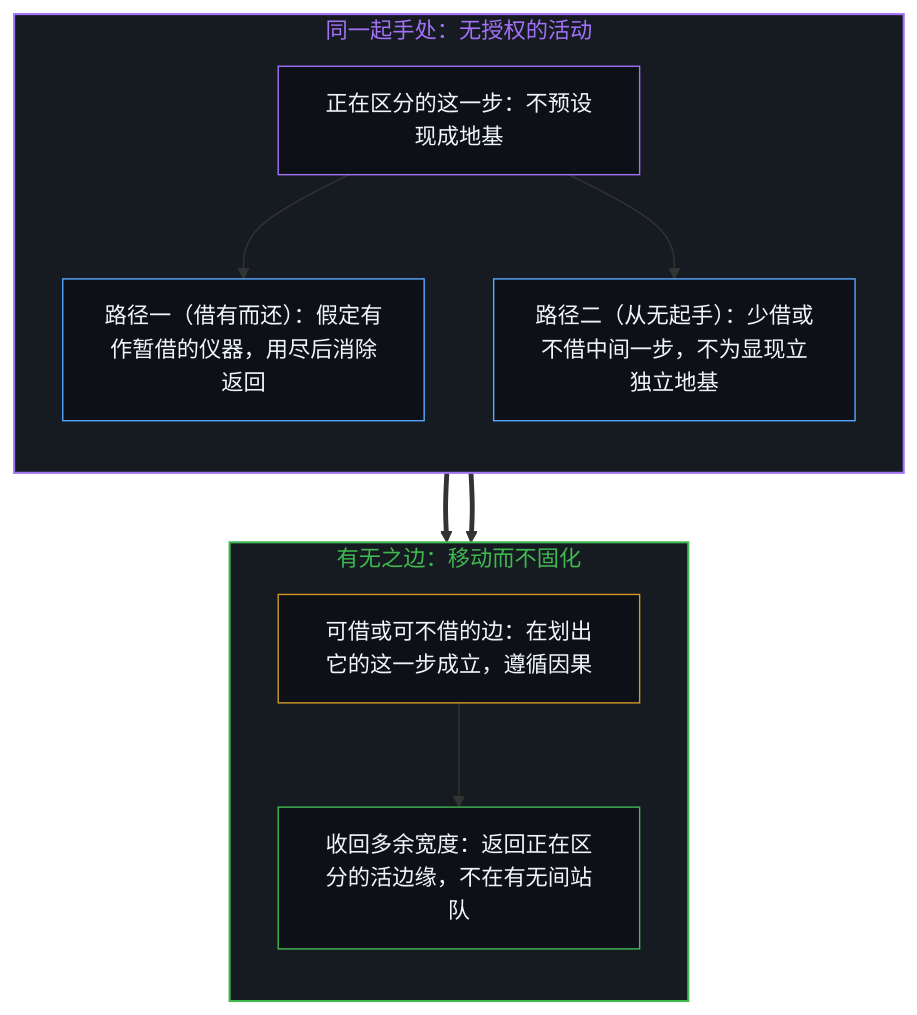
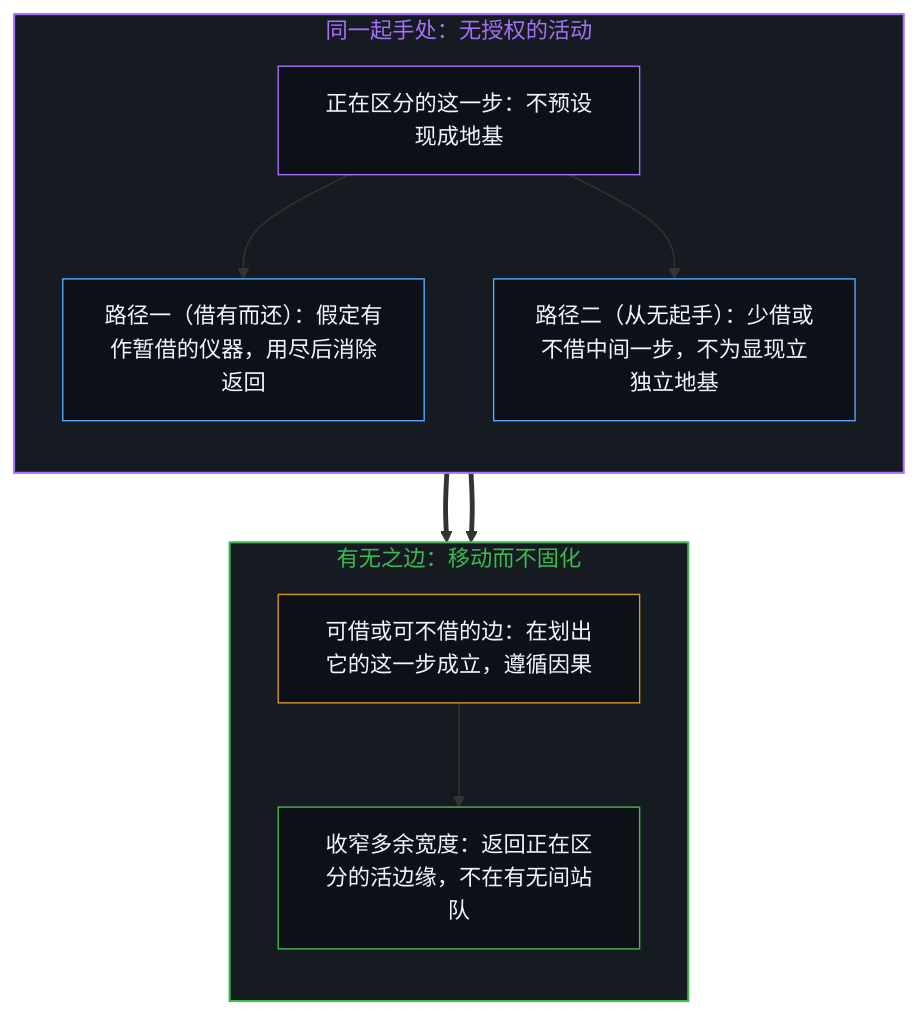
One commit to powerpig99/not-a-toe changed the first of 2 diagrams in content/posts/you-wu-zhi-bian.md. Above: the diagram before and after it, drawn with Mermaid. The commit also changed other lines of this file and 1 other file, not shown here.

````diff
--- a/content/posts/you-wu-zhi-bian.md
+++ b/content/posts/you-wu-zhi-bian.md
@@ -37,26 +37,26 @@
 ```mermaid
 flowchart TD
     subgraph S_Origin["同一起手处：无授权的活动"]
         direction TB
         O_Act["正在区分的这一步：不预设现成地基"]
         O_Borrow["路径一（借有而还）：假定有作暂借的仪器，用尽后消除返回"]
         O_Direct["路径二（从无起手）：少借或不借中间一步，不为显现立独立地基"]
         O_Act --> O_Borrow
         O_Act --> O_Direct
     end
     subgraph S_Edge["有无之边：移动而不固化"]
         direction TB
         E_Edge["可借或可不借的边：在划出它的这一步成立，遵循因果"]
-        E_Return["收回多余宽度：返回正在区分的活边缘，不在有无间站队"]
+        E_Return["收窄多余宽度：返回正在区分的活边缘，不在有无间站队"]
         E_Edge --> E_Return
     end
     O_Borrow ==> E_Edge
     O_Direct ==> E_Edge
     style S_Origin fill:#161b22,stroke:#a371f7,stroke-width:1.5px,color:#a371f7
     style S_Edge fill:#161b22,stroke:#3fb950,stroke-width:1.5px,color:#3fb950
     style O_Act fill:#0d1117,stroke:#a371f7,stroke-width:1px,color:#f0f6fc
     style O_Borrow fill:#0d1117,stroke:#58a6ff,stroke-width:1px,color:#f0f6fc
     style O_Direct fill:#0d1117,stroke:#58a6ff,stroke-width:1px,color:#f0f6fc
     style E_Edge fill:#0d1117,stroke:#d29922,stroke-width:1px,color:#f0f6fc
     style E_Return fill:#0d1117,stroke:#3fb950,stroke-width:1px,color:#f0f6fc
 ```
````
